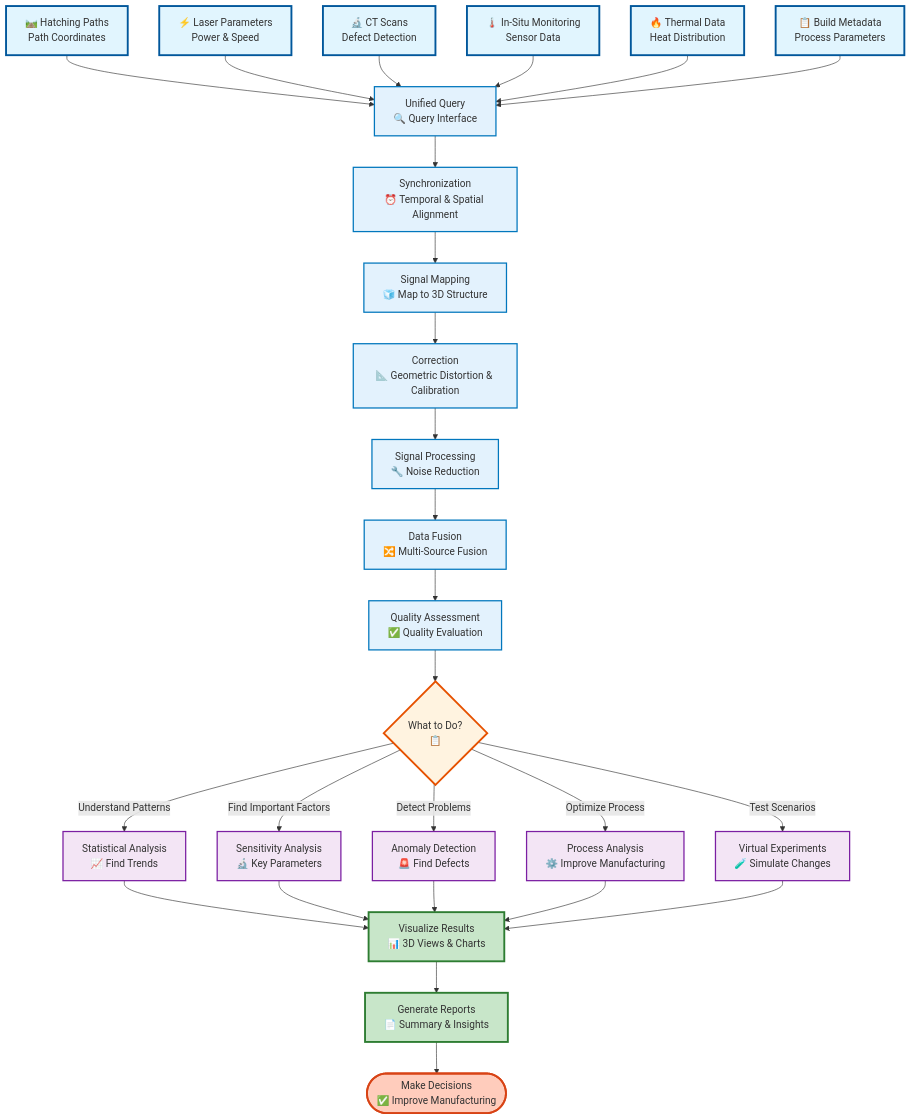
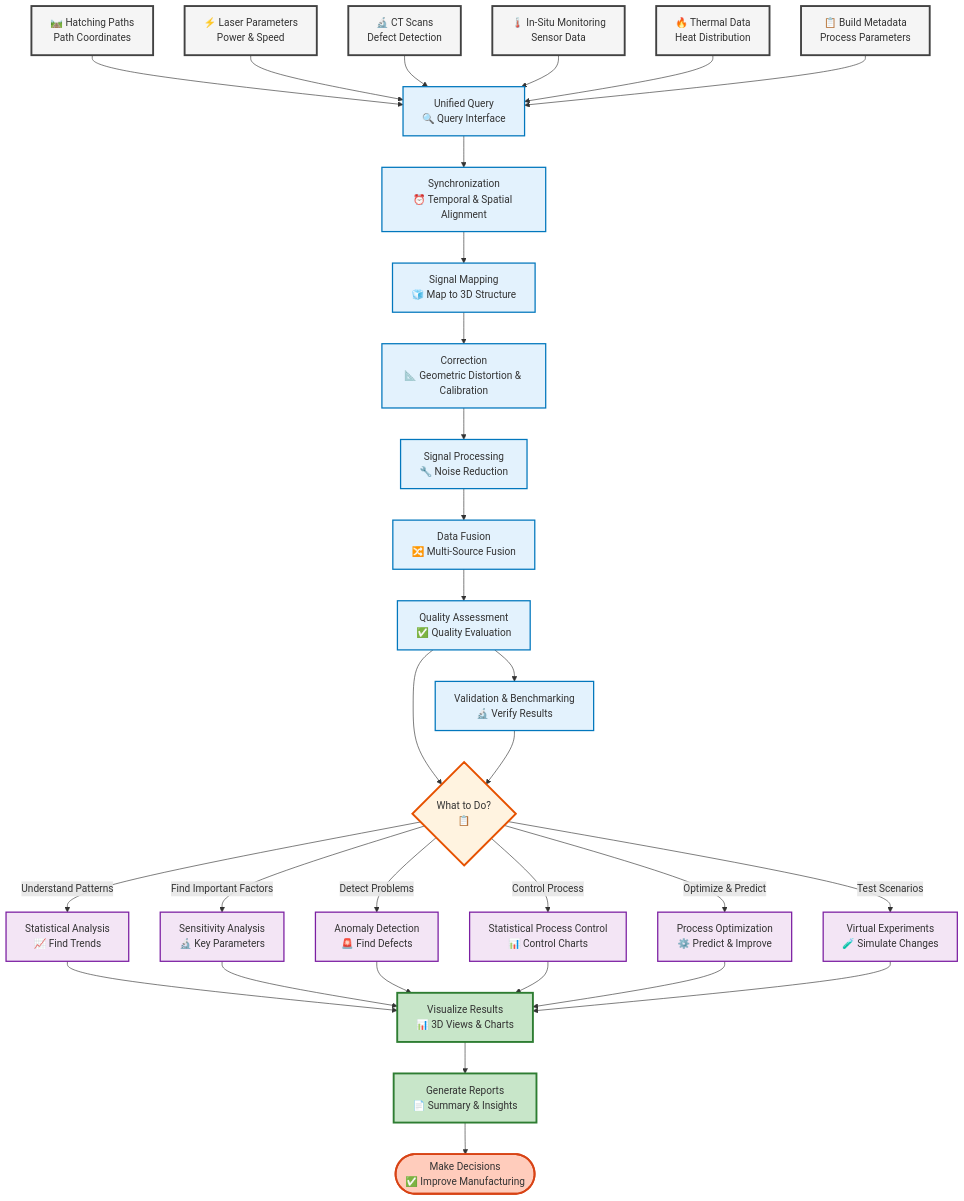
Before and after one commit to kanhaiya-gupta/AM-QADF: the diagram in README.md, drawn with Mermaid. The commit also changed other lines of this file and 197 other files, not shown here.

````diff
--- a/README.md
+++ b/README.md
@@ -10,54 +10,59 @@
 ```mermaid
 flowchart TD
     Hatching["🛤️ Hatching Paths<br/>Path Coordinates"] --> Query["Unified Query<br/>🔍 Query Interface"]
     Laser["⚡ Laser Parameters<br/>Power & Speed"] --> Query
     CT["🔬 CT Scans<br/>Defect Detection"] --> Query
     ISPM["🌡️ In-Situ Monitoring<br/>Sensor Data"] --> Query
     Thermal["🔥 Thermal Data<br/>Heat Distribution"] --> Query
     Metadata["📋 Build Metadata<br/>Process Parameters"] --> Query
     
     Query --> Sync["Synchronization<br/>⏰ Temporal & Spatial Alignment"]
     
     Sync --> SignalMap["Signal Mapping<br/>🧊 Map to 3D Structure"]
     
     SignalMap --> Correction["Correction<br/>📐 Geometric Distortion & Calibration"]
     
     Correction --> Processing["Signal Processing<br/>🔧 Noise Reduction"]
     
     Processing --> Fusion["Data Fusion<br/>🔀 Multi-Source Fusion"]
     
     Fusion --> Quality["Quality Assessment<br/>✅ Quality Evaluation"]
     
+    Quality --> Validate["Validation & Benchmarking<br/>🔬 Verify Results"]
     Quality --> Analyze{"What to Do?<br/>📋"}
+    
+    Validate --> Analyze
     
     Analyze -->|Understand Patterns| Stats["Statistical Analysis<br/>📈 Find Trends"]
     Analyze -->|Find Important Factors| Sensitivity["Sensitivity Analysis<br/>🔬 Key Parameters"]
     Analyze -->|Detect Problems| Anomaly["Anomaly Detection<br/>🚨 Find Defects"]
-    Analyze -->|Optimize Process| Process["Process Analysis<br/>⚙️ Improve Manufacturing"]
+    Analyze -->|Control Process| SPC["Statistical Process Control<br/>📊 Control Charts"]
+    Analyze -->|Optimize & Predict| Process["Process Optimization<br/>⚙️ Predict & Improve"]
     Analyze -->|Test Scenarios| Virtual["Virtual Experiments<br/>🧪 Simulate Changes"]
     
     Stats --> Visualize["Visualize Results<br/>📊 3D Views & Charts"]
     Sensitivity --> Visualize
     Anomaly --> Visualize
+    SPC --> Visualize
     Process --> Visualize
     Virtual --> Visualize
     
     Visualize --> Report["Generate Reports<br/>📄 Summary & Insights"]
     
     Report --> Decision([Make Decisions<br/>✅ Improve Manufacturing])
     
     %% Styling
-    classDef input fill:#e1f5fe,stroke:#01579b,stroke-width:3px
+    classDef input fill:#f5f5f5,stroke:#424242,stroke-width:3px
     classDef process fill:#e3f2fd,stroke:#0277bd,stroke-width:2px
     classDef decision fill:#fff3e0,stroke:#e65100,stroke-width:3px
     classDef analysis fill:#f3e5f5,stroke:#7b1fa2,stroke-width:2px
     classDef output fill:#c8e6c9,stroke:#2e7d32,stroke-width:3px
     classDef action fill:#ffccbc,stroke:#d84315,stroke-width:3px
     
     class Hatching,Laser,CT,ISPM,Thermal,Metadata input
-    class Query,Sync,SignalMap,Correction,Processing,Fusion,Quality process
+    class Query,Sync,SignalMap,Correction,Processing,Fusion,Quality,Validate process
     class Analyze decision
-    class Stats,Sensitivity,Anomaly,Process,Virtual analysis
+    class Stats,Sensitivity,Anomaly,SPC,Process,Virtual analysis
     class Visualize,Report output
     class Decision action
 ```
````
